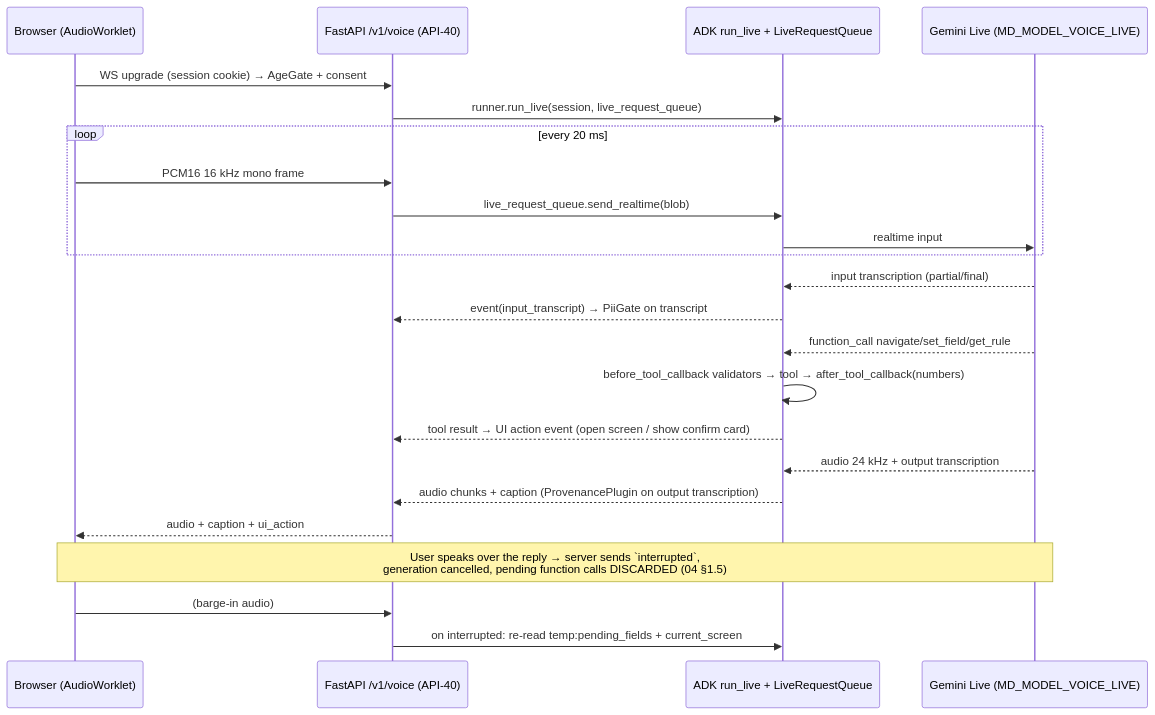
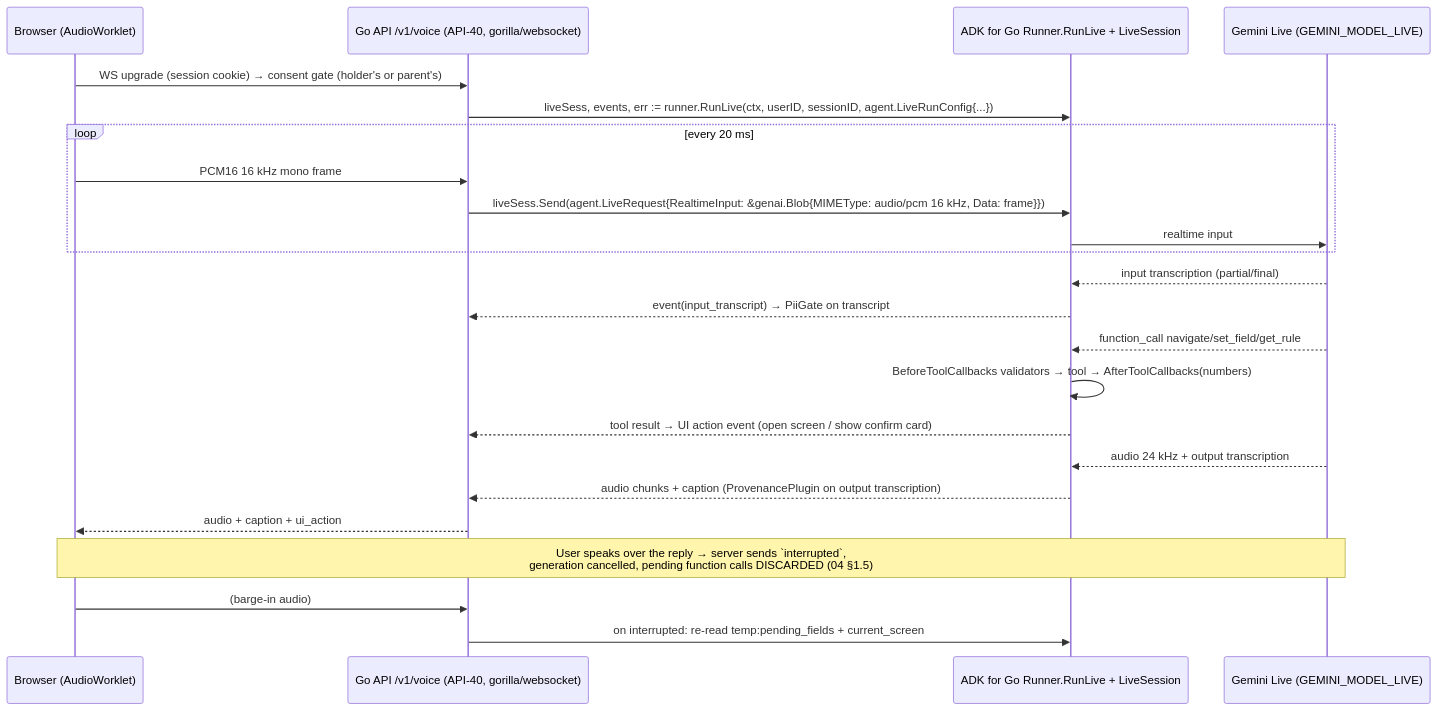
Before and after one commit to sruj08/margadarshak: the first of 3 diagrams in docs/04-ai/VOICE.md, drawn with Mermaid. The commit also changed other lines of this file and 1326 other files, not shown here.

````diff
--- a/docs/04-ai/VOICE.md
+++ b/docs/04-ai/VOICE.md
@@ -106,25 +106,25 @@
 ```mermaid
 sequenceDiagram
   participant B as Browser (AudioWorklet)
-  participant API as FastAPI /v1/voice (API-40)
-  participant ADK as ADK run_live + LiveRequestQueue
-  participant G as Gemini Live (MD_MODEL_VOICE_LIVE)
-  B->>API: WS upgrade (session cookie) → AgeGate + consent
-  API->>ADK: runner.run_live(session, live_request_queue)
+  participant API as Go API /v1/voice (API-40, gorilla/websocket)
+  participant ADK as ADK for Go Runner.RunLive + LiveSession
+  participant G as Gemini Live (GEMINI_MODEL_LIVE)
+  B->>API: WS upgrade (session cookie) → consent gate (holder's or parent's)
+  API->>ADK: liveSess, events, err := runner.RunLive(ctx, userID, sessionID, agent.LiveRunConfig{...})
   loop every 20 ms
     B->>API: PCM16 16 kHz mono frame
-    API->>ADK: live_request_queue.send_realtime(blob)
+    API->>ADK: liveSess.Send(agent.LiveRequest{RealtimeInput: &genai.Blob{MIMEType: audio/pcm 16 kHz, Data: frame}})
     ADK->>G: realtime input
   end
   G-->>ADK: input transcription (partial/final)
   ADK-->>API: event(input_transcript) → PiiGate on transcript
   G-->>ADK: function_call navigate/set_field/get_rule
-  ADK->>ADK: before_tool_callback validators → tool → after_tool_callback(numbers)
+  ADK->>ADK: BeforeToolCallbacks validators → tool → AfterToolCallbacks(numbers)
   ADK-->>API: tool result → UI action event (open screen / show confirm card)
   G-->>ADK: audio 24 kHz + output transcription
   ADK-->>API: audio chunks + caption (ProvenancePlugin on output transcription)
   API-->>B: audio + caption + ui_action
   Note over B,G: User speaks over the reply → server sends `interrupted`,<br/>generation cancelled, pending function calls DISCARDED (04 §1.5)
   B->>API: (barge-in audio)
   API->>ADK: on interrupted: re-read temp:pending_fields + current_screen
 ```
````
